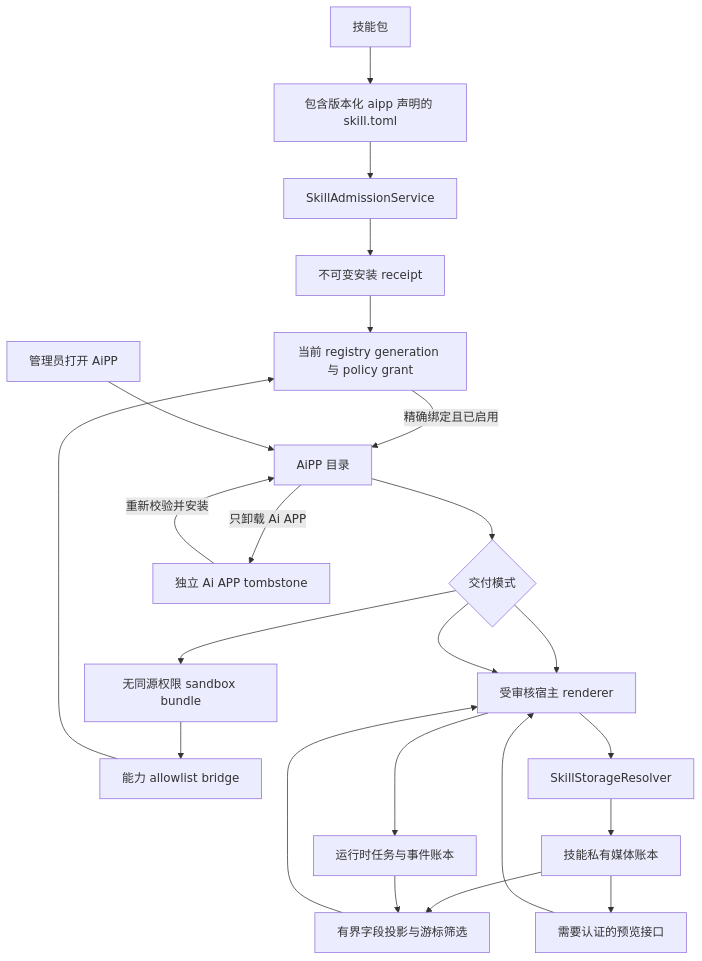
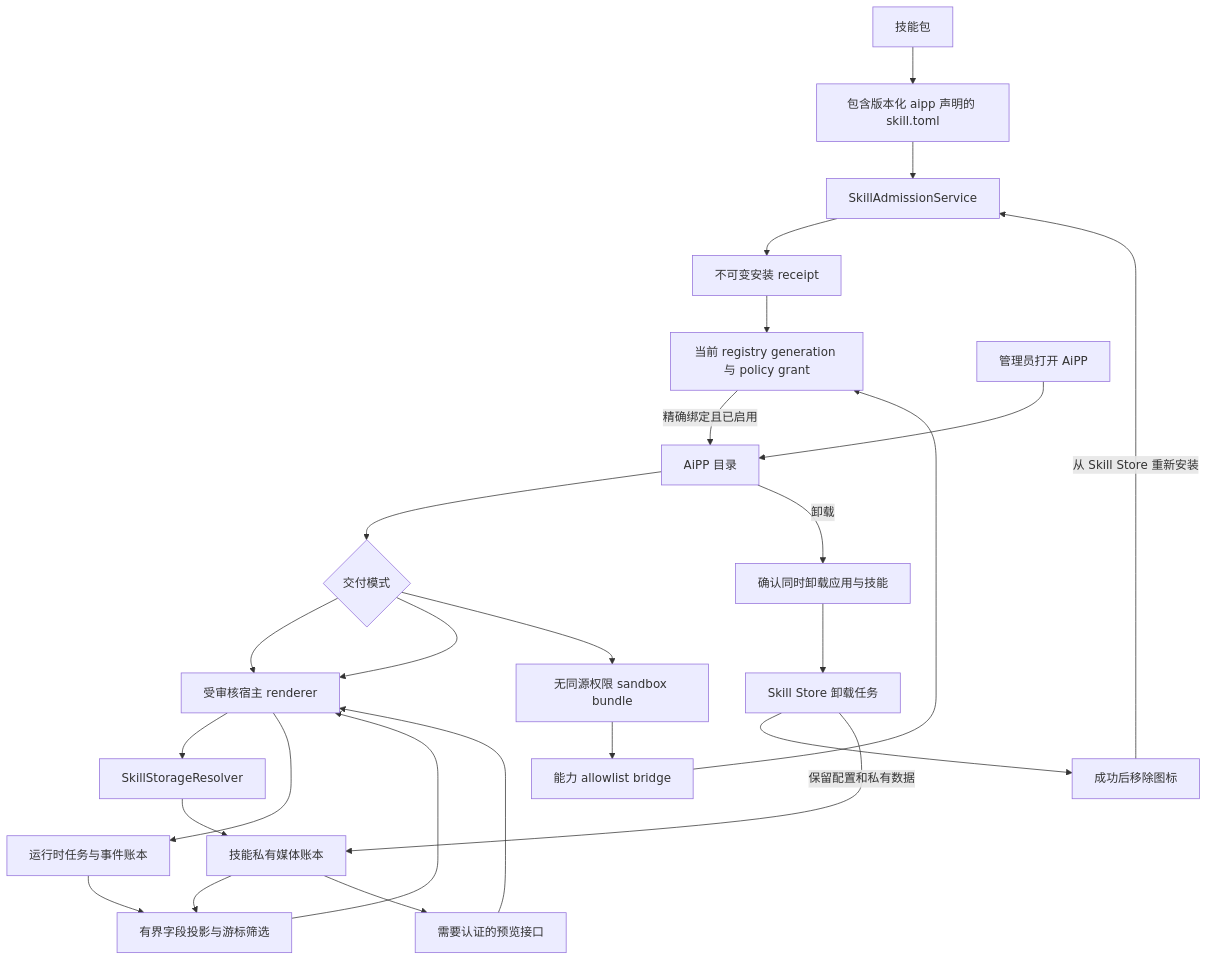
One commit to MatrixCoreX/RustClaw changed the diagram in docs/architecture/14-aipp-skill-companions.zh-CN.md. Above: the diagram before and after it, drawn with Mermaid. The commit also changed other lines of this file and 14 other files, not shown here.

Commit message:
fix(ui): uninstall AiAPP with its skill and remove launcher icon

````diff
--- a/docs/architecture/14-aipp-skill-companions.zh-CN.md
+++ b/docs/architecture/14-aipp-skill-companions.zh-CN.md
@@ -46,30 +46,33 @@
 ```mermaid
 flowchart TD
     P[技能包]
     M[包含版本化 aipp 声明的 skill.toml]
     A[SkillAdmissionService]
     R[不可变安装 receipt]
     G[当前 registry generation 与 policy grant]
     C[AiPP 目录]
     U[管理员打开 AiPP]
     H{交付模式}
     HR[受审核宿主 renderer]
     SB[无同源权限 sandbox bundle]
     CB[能力 allowlist bridge]
     S[SkillStorageResolver]
     D[技能私有媒体账本]
     TL[运行时任务与事件账本]
     F[有界字段投影与游标筛选]
     V[需要认证的预览接口]
-    T[独立 Ai APP tombstone]
+    T[确认同时卸载应用与技能]
+    J[Skill Store 卸载任务]
+    X[成功后移除图标]
 
     P --> M --> A --> R --> G
     G -->|精确绑定且已启用| C
     U --> C --> H
     H --> HR --> S --> D --> F --> HR
     H --> HR --> TL --> F
     D --> V --> HR
     H --> SB --> CB --> G
-    C -->|只卸载 Ai APP| T
-    T -->|重新校验并安装| C
+    C -->|卸载| T --> J --> X
+    J -->|保留配置和私有数据| D
+    X -->|从 Skill Store 重新安装| A
 ```
````
